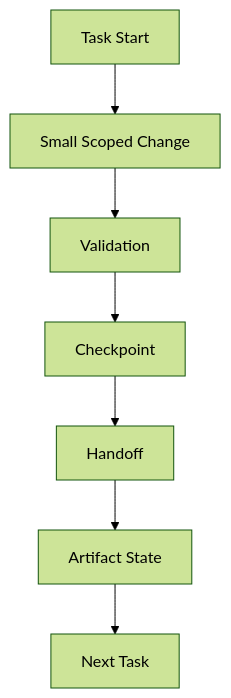
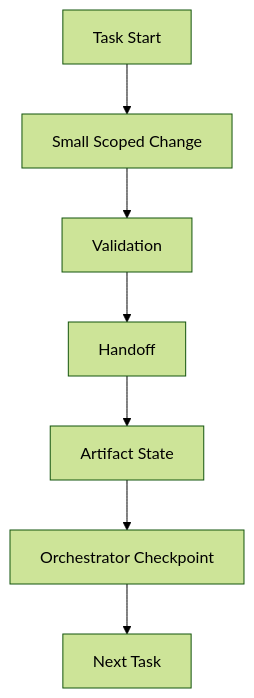
Before and after one commit to leeson1/Hive-Design: the diagram in docs/07-reliability/04-Incremental-Progress-Discipline.md, drawn with Mermaid (forest theme). The commit also changed other lines of this file and 40 other files, not shown here.

````diff
--- a/docs/07-reliability/04-Incremental-Progress-Discipline.md
+++ b/docs/07-reliability/04-Incremental-Progress-Discipline.md
@@ -37,9 +42,9 @@
 ```mermaid
 flowchart TD
     A["Task Start"] --> B["Small Scoped Change"]
     B --> C["Validation"]
-    C --> D["Checkpoint"]
-    D --> E["Handoff"]
-    E --> F["Artifact State"]
+    C --> D["Handoff"]
+    D --> E["Artifact State"]
+    E --> F["Orchestrator Checkpoint"]
     F --> G["Next Task"]
 ```
````
